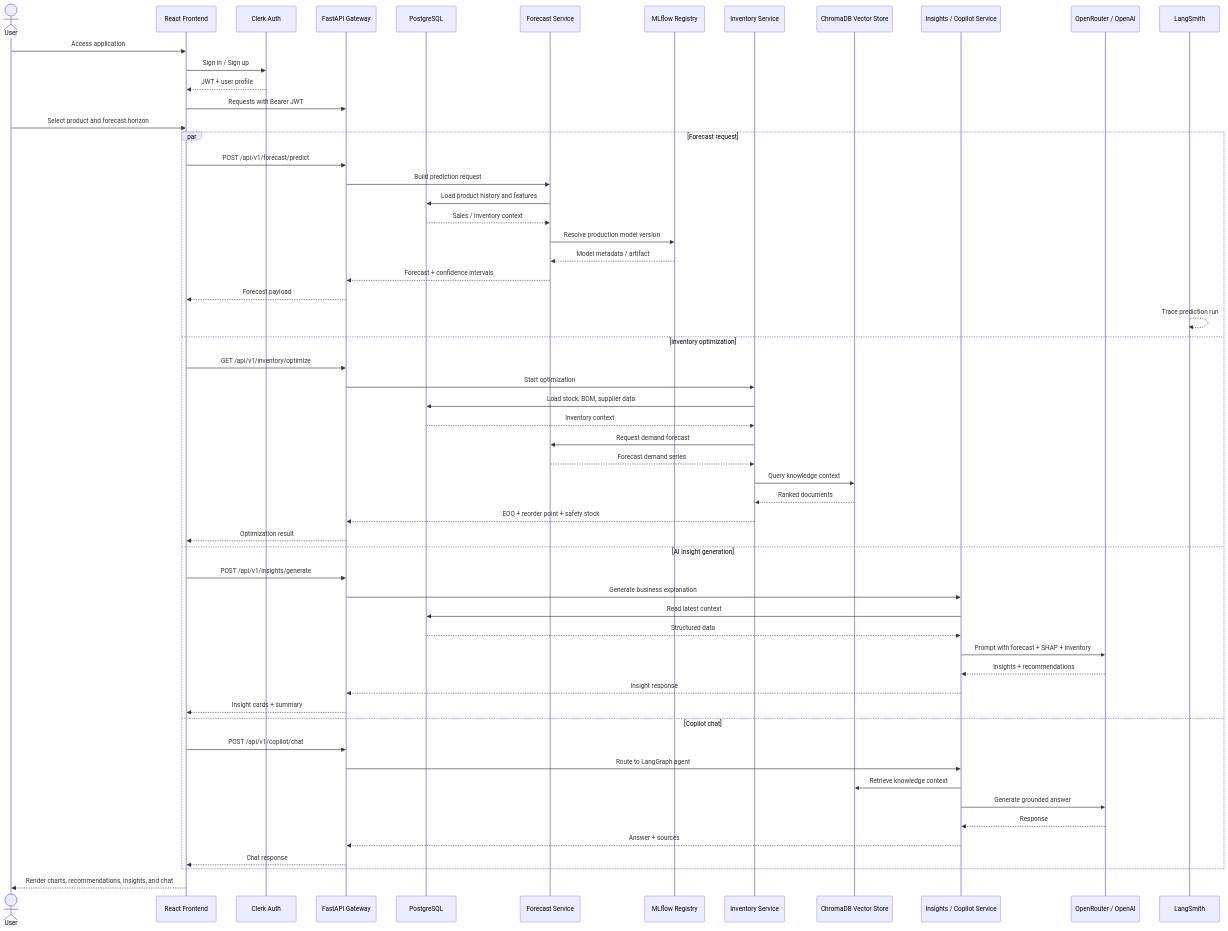
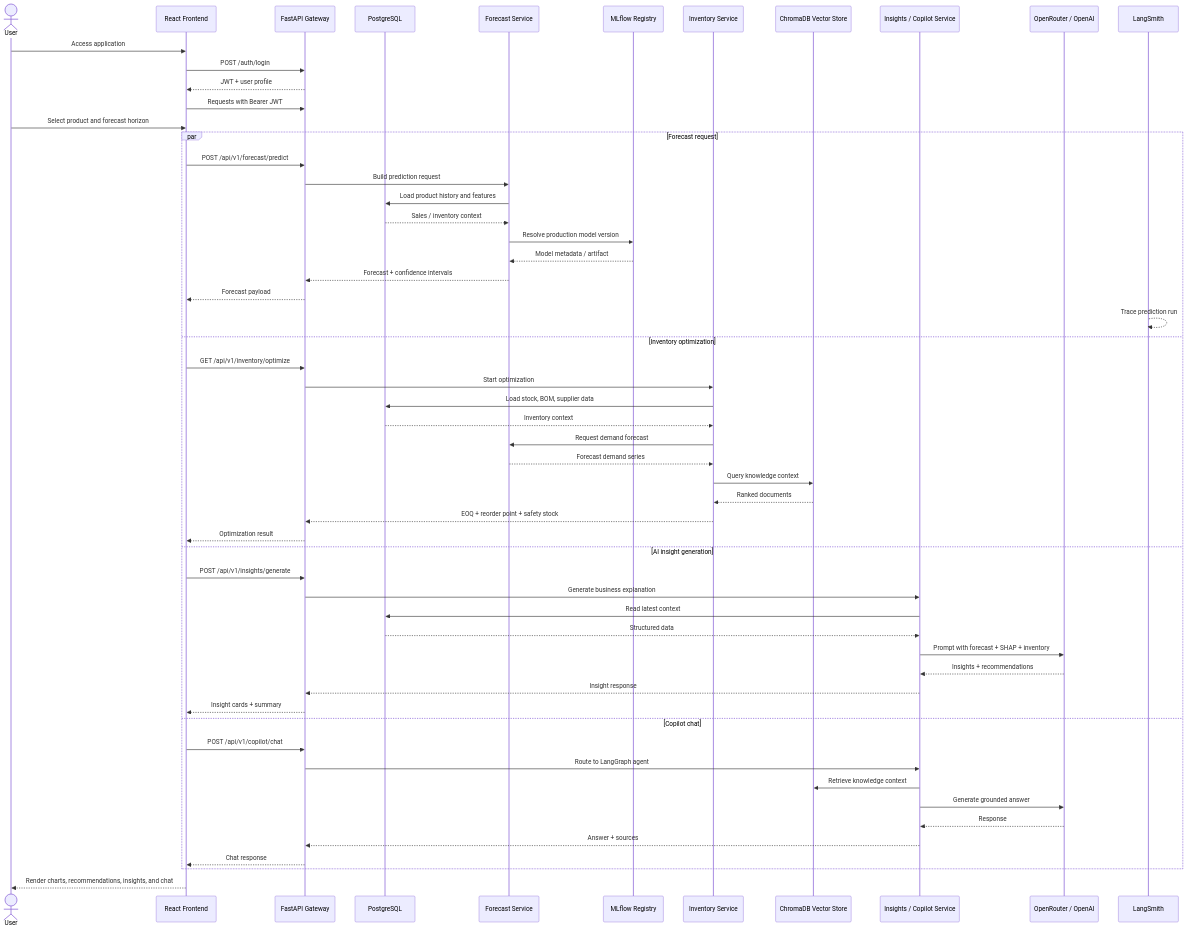
Before and after one commit to IbrahimAbdelsattar/SupplyMindAI: the third of 3 diagrams in architecture-diagrams.md, drawn with Mermaid. The commit also changed other lines of this file and 89 other files, not shown here.

Commit message:
feat: implement multi-agent copilot graph and system prompt for Egyptian Arabic interface support

````diff
--- a/architecture-diagrams.md
+++ b/architecture-diagrams.md
@@ -302,67 +302,66 @@
 ```mermaid
 sequenceDiagram
     actor U as User
     participant FE as React Frontend
-    participant CLERK as Clerk Auth
     participant API as FastAPI Gateway
     participant DB as PostgreSQL
     participant FC as Forecast Service
     participant MR as MLflow Registry
     participant INV as Inventory Service
     participant VS as ChromaDB Vector Store
     participant AI as Insights / Copilot Service
     participant LLM as OpenRouter / OpenAI
     participant LS as LangSmith
 
     U->>FE: Access application
-    FE->>CLERK: Sign in / Sign up
-    CLERK-->>FE: JWT + user profile
+    FE->>API: POST /auth/login
+    API-->>FE: JWT + user profile
     FE->>API: Requests with Bearer JWT
 
     U->>FE: Select product and forecast horizon
 
     par Forecast request
         FE->>API: POST /api/v1/forecast/predict
         API->>FC: Build prediction request
         FC->>DB: Load product history and features
         DB-->>FC: Sales / inventory context
         FC->>MR: Resolve production model version
         MR-->>FC: Model metadata / artifact
         FC-->>API: Forecast + confidence intervals
         API-->>FE: Forecast payload
         LS-->>LS: Trace prediction run
 
     and Inventory optimization
         FE->>API: GET /api/v1/inventory/optimize
         API->>INV: Start optimization
         INV->>DB: Load stock, BOM, supplier data
         DB-->>INV: Inventory context
         INV->>FC: Request demand forecast
         FC-->>INV: Forecast demand series
         INV->>VS: Query knowledge context
         VS-->>INV: Ranked documents
         INV-->>API: EOQ + reorder point + safety stock
         API-->>FE: Optimization result
 
     and AI insight generation
         FE->>API: POST /api/v1/insights/generate
         API->>AI: Generate business explanation
         AI->>DB: Read latest context
         DB-->>AI: Structured data
         AI->>LLM: Prompt with forecast + SHAP + inventory
         LLM-->>AI: Insights + recommendations
         AI-->>API: Insight response
         API-->>FE: Insight cards + summary
 
     and Copilot chat
         FE->>API: POST /api/v1/copilot/chat
         API->>AI: Route to LangGraph agent
         AI->>VS: Retrieve knowledge context
         AI->>LLM: Generate grounded answer
         LLM-->>AI: Response
         AI-->>API: Answer + sources
         API-->>FE: Chat response
     end
 
     FE-->>U: Render charts, recommendations, insights, and chat
 ```
````
